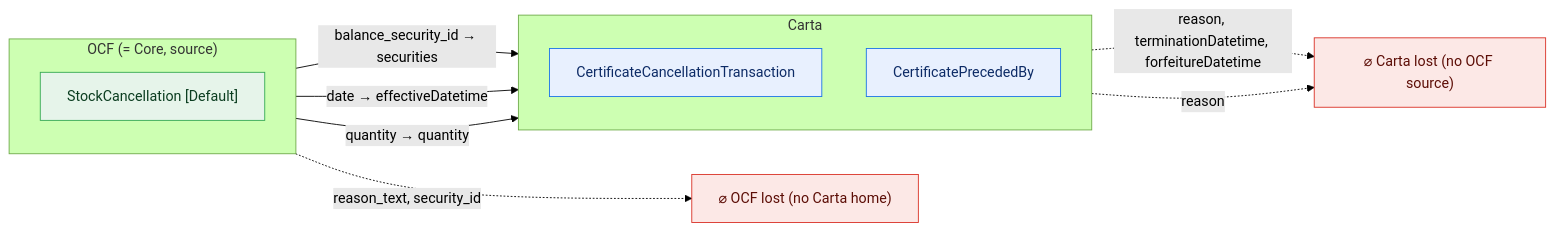
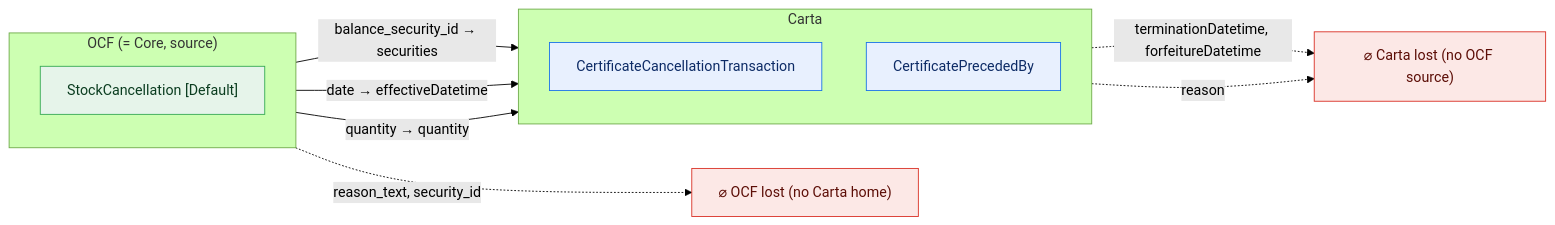
One commit to Open-Cap-Table-Coalition/OCF-Composed-Schemas changed diagram 21 of 47 in docs/core-bidirectional-flow.md. Above: the diagram before and after it, drawn with Mermaid (forest theme). The commit also changed other lines of this file and 6 other files, not shown here.

````diff
--- a/docs/core-bidirectional-flow.md
+++ b/docs/core-bidirectional-flow.md
@@ -628,24 +632,24 @@
 ```mermaid
 flowchart LR
   classDef adm fill:#e6f4ea,stroke:#34a853,color:#0b3d20;
   classDef notadm fill:#f1f3f4,stroke:#9aa0a6,color:#5f6368,stroke-dasharray:4 3;
   classDef carta fill:#e8f0fe,stroke:#1a73e8,color:#0d2b66;
   classDef lost fill:#fce8e6,stroke:#d93025,color:#5c0d06;
   subgraph SRC["OCF (= Core, source)"]
     direction TB
     o0["StockCancellation [Default]"]:::adm
   end
   subgraph TGT["Carta"]
     direction TB
     t0["CertificateCancellationTransaction"]:::carta
     t1["CertificatePrecededBy"]:::carta
   end
   ocflost["⌀ OCF lost (no Carta home)"]:::lost
   cartalost["⌀ Carta lost (no OCF source)"]:::lost
   o0 -->|"balance_security_id → securities"| t1
   o0 -->|"date → effectiveDatetime"| t0
   o0 -->|"quantity → quantity"| t0
   o0 -.->|"reason_text, security_id"| ocflost
-  t0 -.->|"reason, terminationDatetime, forfeitureDatetime"| cartalost
+  t0 -.->|"terminationDatetime, forfeitureDatetime"| cartalost
   t1 -.->|"reason"| cartalost
 ```
````
